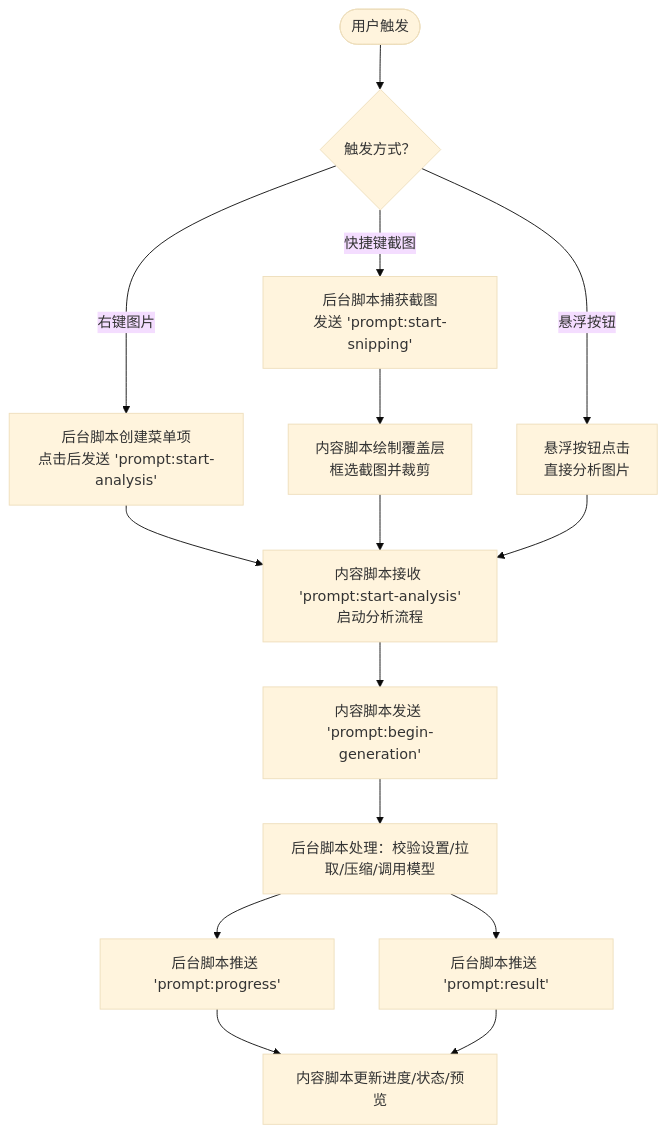
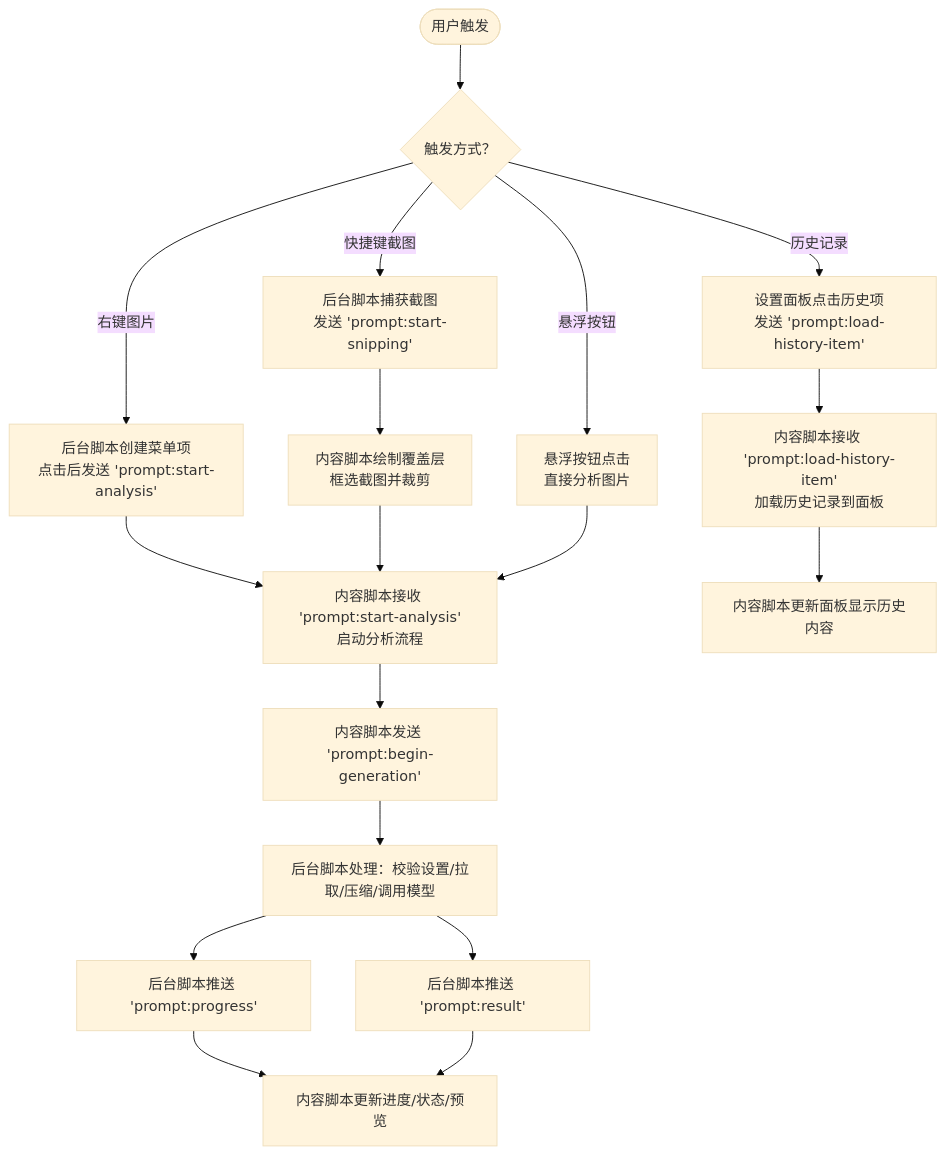
One commit to binasi/Img2Prompt changed the third of 6 diagrams in .qoder/repowiki/zh/content/技术架构/核心模块分析/内容脚本模块 (content.js).md. Above: the diagram before and after it, drawn with Mermaid (base theme). The commit also changed other lines of this file and 11 other files, not shown here.

````diff
--- a/.qoder/repowiki/zh/content/技术架构/核心模块分析/内容脚本模块 (content.js).md
+++ b/.qoder/repowiki/zh/content/技术架构/核心模块分析/内容脚本模块 (content.js).md
@@ -214,17 +236,20 @@
 ```mermaid
 flowchart TD
 Start(["用户触发"]) --> Choice{"触发方式？"}
 Choice --> |右键图片| CM["后台脚本创建菜单项<br/>点击后发送 'prompt:start-analysis'"]
 Choice --> |快捷键截图| SC["后台脚本捕获截图<br/>发送 'prompt:start-snipping'"]
 Choice --> |悬浮按钮| HB["悬浮按钮点击<br/>直接分析图片"]
+Choice --> |历史记录| HL["设置面板点击历史项<br/>发送 'prompt:load-history-item'"]
 CM --> CS_Start["内容脚本接收 'prompt:start-analysis'<br/>启动分析流程"]
 SC --> SNIP["内容脚本绘制覆盖层<br/>框选截图并裁剪"]
 SNIP --> CS_Start
 HB --> CS_Start
+HL --> CS_Load["内容脚本接收 'prompt:load-history-item'<br/>加载历史记录到面板"]
 CS_Start --> BG_Send["内容脚本发送 'prompt:begin-generation'"]
 BG_Send --> BG_Proc["后台脚本处理：校验设置/拉取/压缩/调用模型"]
 BG_Proc --> CS_Progress["后台脚本推送 'prompt:progress'"]
 BG_Proc --> CS_Result["后台脚本推送 'prompt:result'"]
 CS_Progress --> UI_Update["内容脚本更新进度/状态/预览"]
 CS_Result --> UI_Update
+CS_Load --> UI_Load["内容脚本更新面板显示历史内容"]
 ```
````
